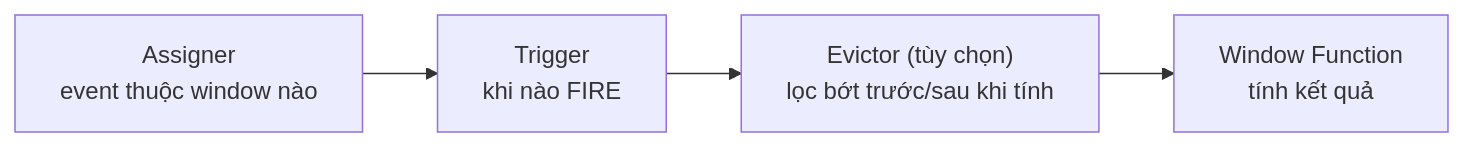
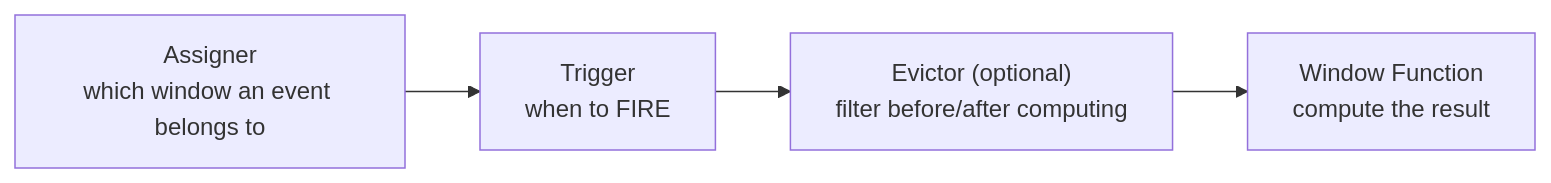
Before and after one commit to vuhoang001/knowledge: the first of 3 diagrams in i18n/en/docusaurus-plugin-content-docs/current/etl/flink/skills/windows.md, drawn with Mermaid. The commit also changed other lines of this file and 21 other files, not shown here.

````diff
--- a/i18n/en/docusaurus-plugin-content-docs/current/etl/flink/skills/windows.md
+++ b/i18n/en/docusaurus-plugin-content-docs/current/etl/flink/skills/windows.md
@@ -30,6 +29,6 @@
 ```mermaid
 graph LR
-    A["Assigner<br/>event thuộc window nào"] --> B["Trigger<br/>khi nào FIRE"]
-    B --> C["Evictor (tùy chọn)<br/>lọc bớt trước/sau khi tính"]
-    C --> D["Window Function<br/>tính kết quả"]
+    A["Assigner<br/>which window an event belongs to"] --> B["Trigger<br/>when to FIRE"]
+    B --> C["Evictor (optional)<br/>filter before/after computing"]
+    C --> D["Window Function<br/>compute the result"]
 ```
````
